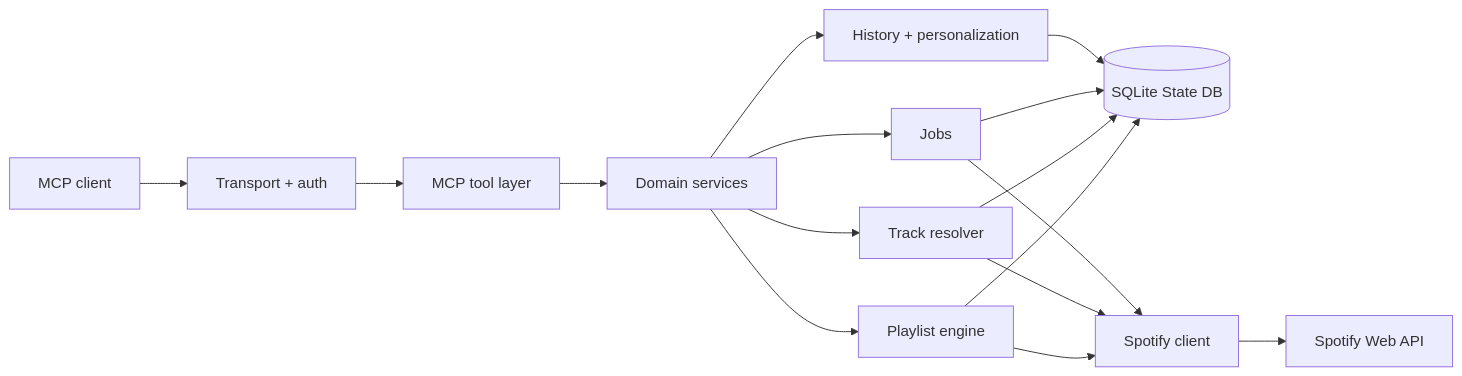
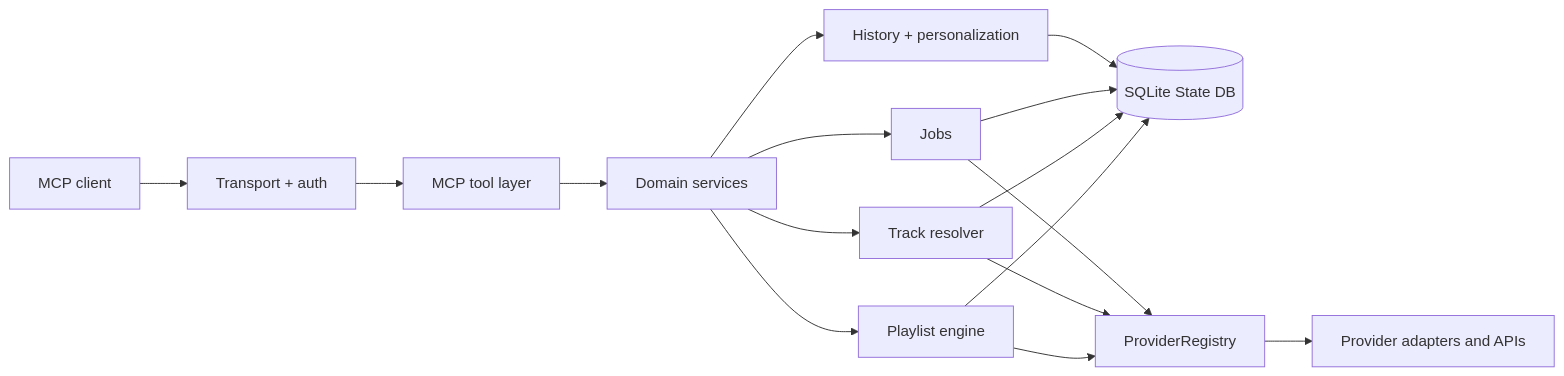
The second of 2 diagrams in README.md (makkiattooo/JamRelay), drawn with Mermaid before and after one commit. The commit also changed other lines of this file and 81 other files, not shown here.

Commit message:
docs: document multi-provider architecture and release candidate

````diff
--- a/README.md
+++ b/README.md
@@ -495,18 +496,18 @@
 ```mermaid
 flowchart LR
     A[MCP client] --> B[Transport + auth]
     B --> C[MCP tool layer]
     C --> D[Domain services]
     D --> E[Playlist engine]
     D --> F[Track resolver]
     D --> G[Jobs]
     D --> H[History + personalization]
     E --> I[(SQLite State DB)]
     F --> I
     G --> I
     H --> I
-    E --> J[Spotify client]
+    E --> J[ProviderRegistry]
     F --> J
     G --> J
-    J --> K[Spotify Web API]
+    J --> K[Provider adapters and APIs]
 ```
````
